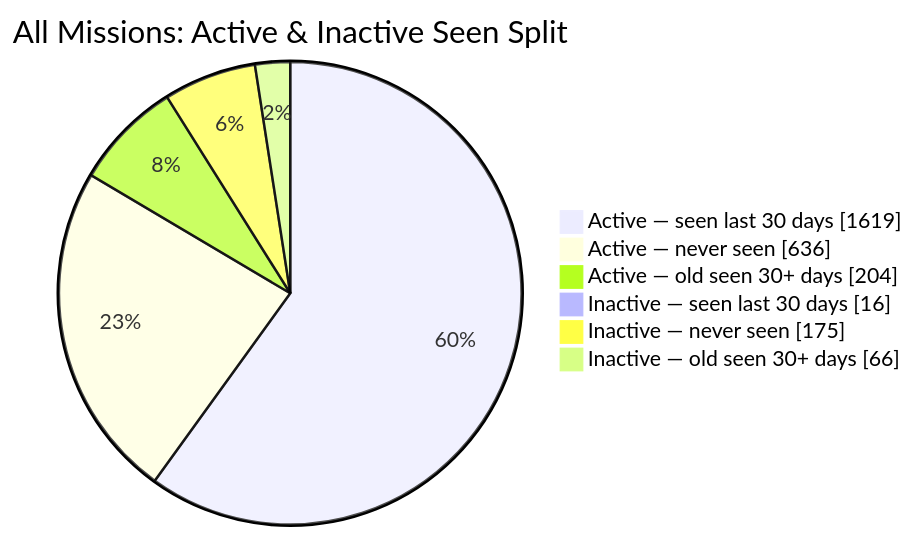
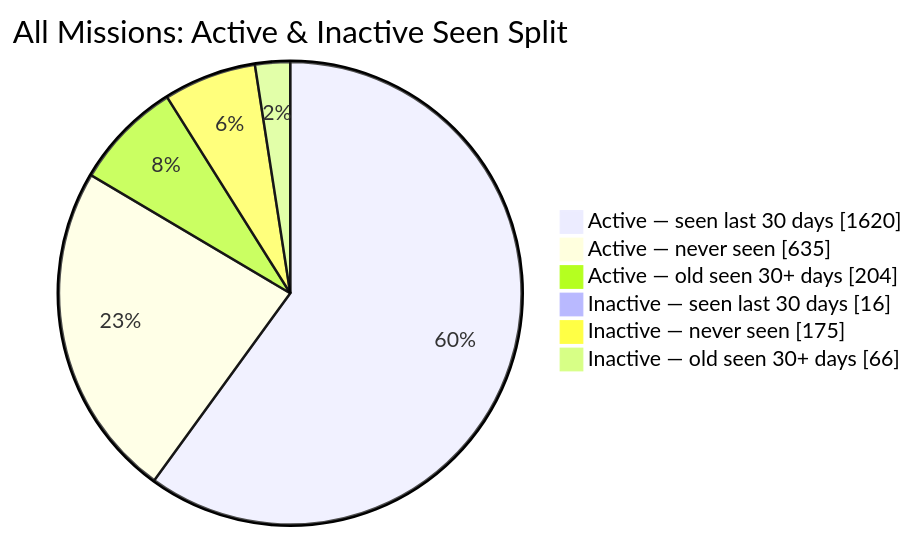
Before and after one commit to MeldkamerspelGameTeam/active-missions: the second of 2 diagrams in README.md, drawn with Mermaid. The commit also changed other lines of this file and 2 other files, not shown here.

````diff
--- a/README.md
+++ b/README.md
@@ -44,10 +44,10 @@
 ```mermaid
 pie showData
     title All Missions: Active & Inactive Seen Split
-    "Active — seen last 30 days" : 1619
-    "Active — never seen" : 636
+    "Active — seen last 30 days" : 1620
+    "Active — never seen" : 635
     "Active — old seen 30+ days" : 204
     "Inactive — seen last 30 days" : 16
     "Inactive — never seen" : 175
     "Inactive — old seen 30+ days" : 66
 ```
````
